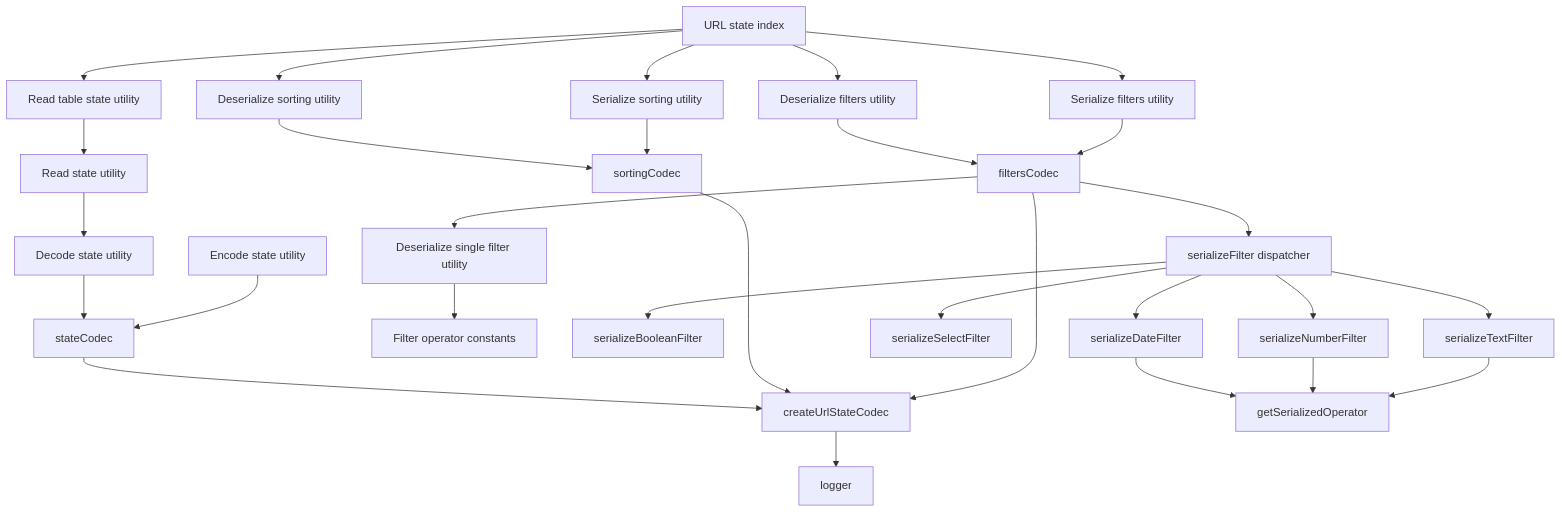
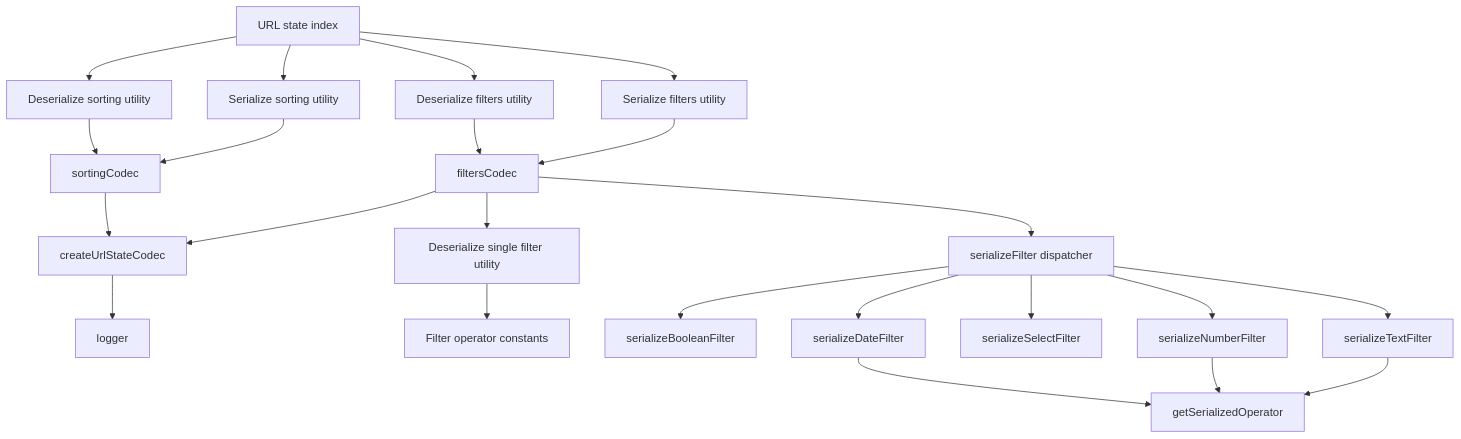
One commit to luciocabrera/lcabrera-stack changed the first of 7 diagrams in packages/ui/src/utils/urlState/ARCHITECTURE.md. Above: the diagram before and after it, drawn with Mermaid. The commit also changed other lines of this file and 35 other files, not shown here.

````diff
--- a/packages/ui/src/utils/urlState/ARCHITECTURE.md
+++ b/packages/ui/src/utils/urlState/ARCHITECTURE.md
@@ -111,35 +104,28 @@
 ```mermaid
 graph TD
   Index[URL state index] --> DSF[Deserialize filters utility]
   Index --> DSS[Deserialize sorting utility]
-  Index --> RTS[Read table state utility]
   Index --> SFU[Serialize filters utility]
   Index --> SSU[Serialize sorting utility]
-
-  RTS --> RS[Read state utility]
-  RS --> Decode[Decode state utility]
-  Decode --> StateCodec[stateCodec]
-  Encode[Encode state utility] --> StateCodec
 
   DSS --> SortingCodec[sortingCodec]
   SSU --> SortingCodec
   DSF --> FiltersCodec[filtersCodec]
   SFU --> FiltersCodec
 
-  StateCodec --> Factory[createUrlStateCodec]
-  SortingCodec --> Factory
+  SortingCodec --> Factory[createUrlStateCodec]
   FiltersCodec --> Factory
   Factory --> Logger[logger]
 
   FiltersCodec --> DF[Deserialize single filter utility]
   FiltersCodec --> SF[serializeFilter dispatcher]
   DF --> FilterConstants[Filter operator constants]
   SF --> SBF[serializeBooleanFilter]
   SF --> SDF[serializeDateFilter]
   SF --> SSF[serializeSelectFilter]
   SF --> SNF[serializeNumberFilter]
   SF --> STF[serializeTextFilter]
   SDF --> GSO[getSerializedOperator]
   SNF --> GSO
   STF --> GSO
 ```
````
